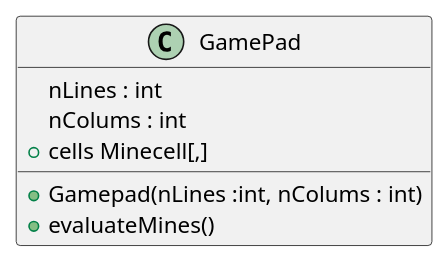
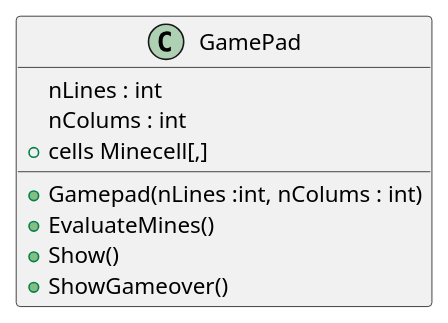
Before and after one commit to Erhvervsskolen-2011/Minesweeper_text_oop: the diagram in docs/GamePad.puml, drawn with PlantUML. The commit also changed 4 other files, not shown here.

```diff
--- a/docs/GamePad.puml
+++ b/docs/GamePad.puml
@@ -1,13 +1,15 @@
 @startuml
 
 class GamePad {
     nLines : int
     nColums : int
     + cells Minecell[,]
 
     + Gamepad(nLines :int, nColums : int)
-    + evaluateMines()
+    + EvaluateMines()
+    + Show()
+    + ShowGameover()
 
 }
 
 @enduml
```
